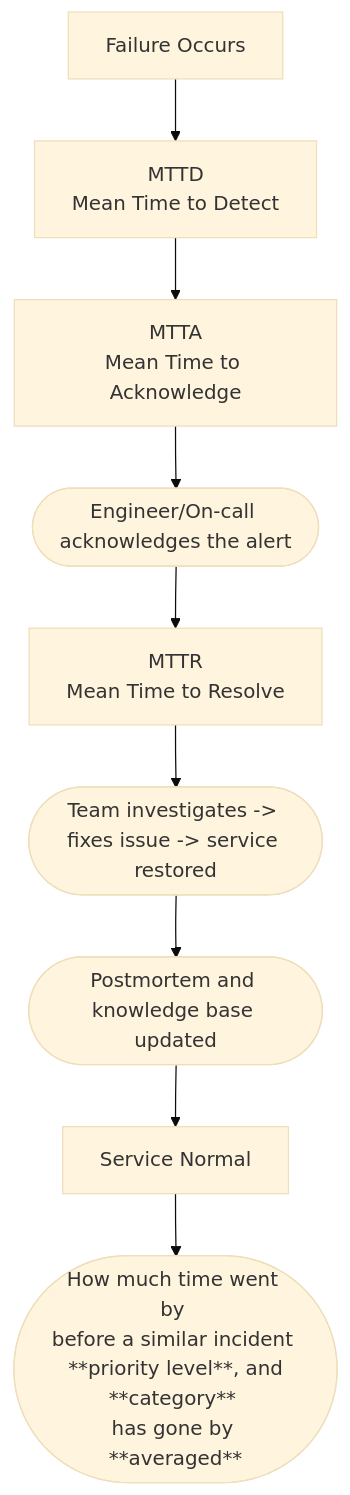
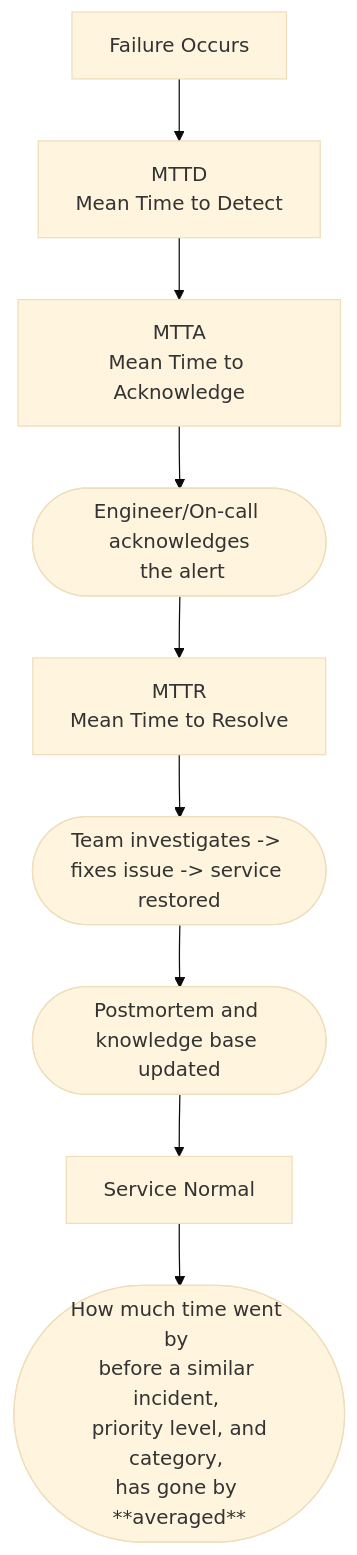
Before and after one commit to DHunnicuttSG/SRE: the diagram in Linux/3.4.4-Incident_Lifecycle_Timeline.md, drawn with Mermaid (base theme).

````diff
--- a/Linux/3.4.4-Incident_Lifecycle_Timeline.md
+++ b/Linux/3.4.4-Incident_Lifecycle_Timeline.md
@@ -5,12 +5,12 @@
 ```mermaid
 flowchart TD
     A[Failure Occurs] --> B[MTTD<br/>Mean Time to Detect]
     B --> C[MTTA<br/>Mean Time to Acknowledge]
-    C --> D([Engineer/On-call acknowledges the alert])
+    C --> D([Engineer/On-call acknowledges<br/> the alert])
     D --> E[MTTR<br/>Mean Time to Resolve]
     E --> F([Team investigates -> fixes issue -> service restored])
     F --> G([Postmortem and knowledge base updated])
     G --> H[Service Normal]
-    H --> I([How much time went by <br/>before a similar incident <br/> **priority level**, and **category** <br/>has gone by **averaged**])
+    H --> I([How much time went by <br/>before a similar incident, <br/> priority level, and category, <br/>has gone by **averaged**])
 
 ```
````
